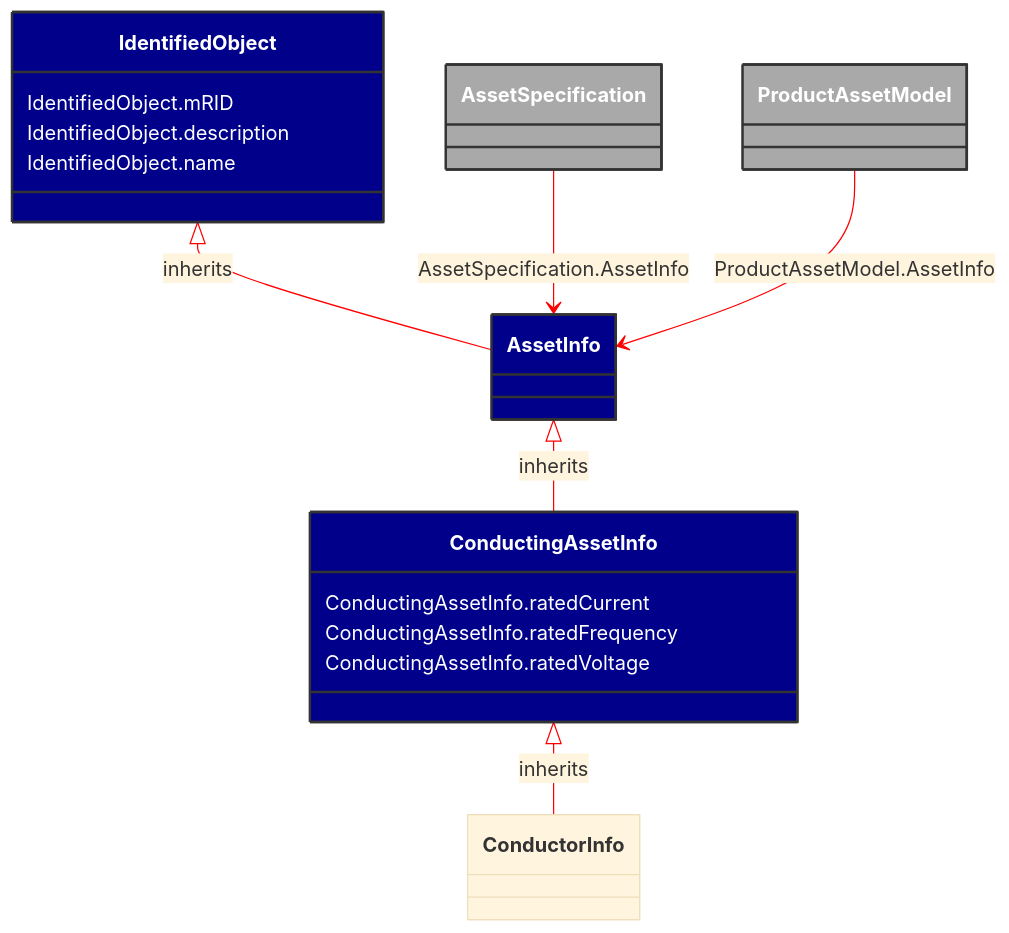
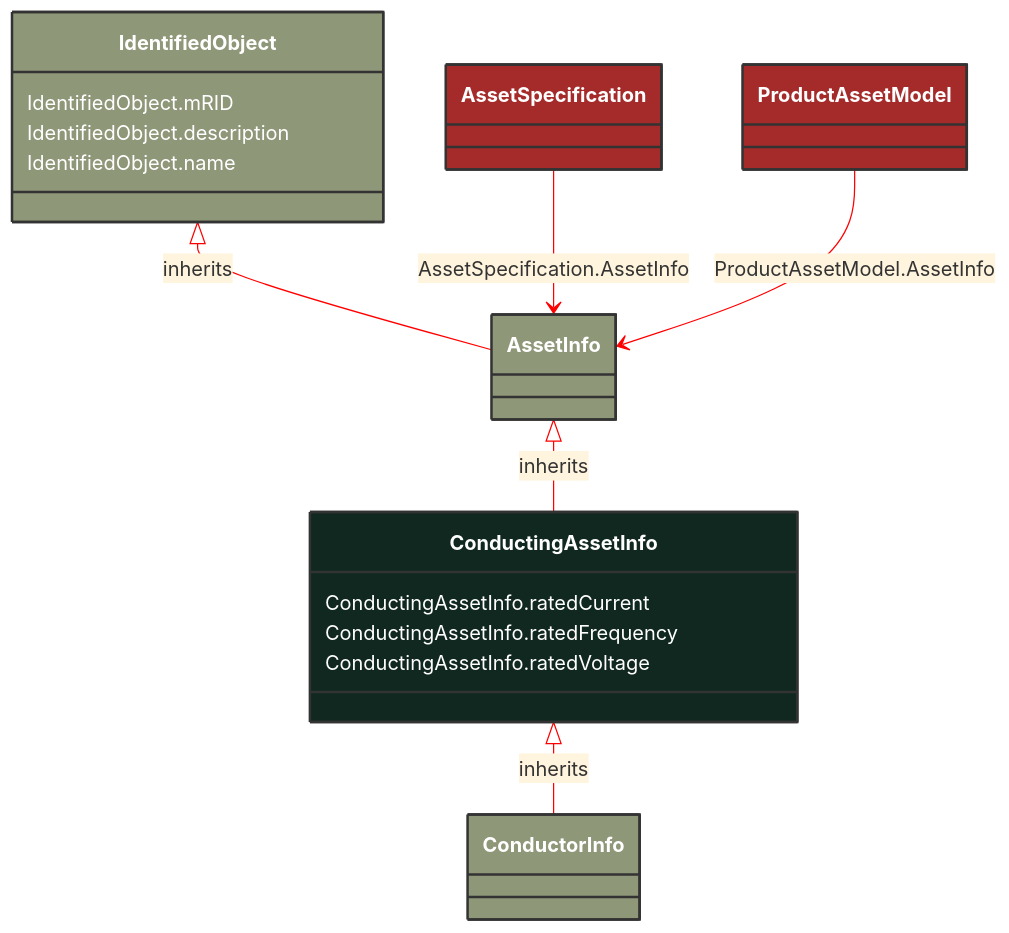
The diagram in docs/Models/Profiles/SubseaCableInfo/AbstractClasses/ConductingAssetInfo.md (3lbits/NoCIMExtensions), drawn with Mermaid before and after one commit. The commit also changed 190 other files, not shown here.

````diff
--- a/docs/Models/Profiles/SubseaCableInfo/AbstractClasses/ConductingAssetInfo.md
+++ b/docs/Models/Profiles/SubseaCableInfo/AbstractClasses/ConductingAssetInfo.md
@@ -10,44 +10,42 @@
 ```mermaid
 %%{init: {'theme':'base','themeVariables': {'lineColor': '#FF0000'}}}%%
 classDiagram
     class ConductingAssetInfo
     click ConductingAssetInfo href "/Models/Profiles/SubseaCableInfo/AbstractClasses/ConductingAssetInfo/"
-    style ConductingAssetInfo fill:#006400,stroke:#333,stroke-width:2px,rx:10,ry:10,color:white
+    style ConductingAssetInfo fill:#102820,stroke:#333,stroke-width:2px,rx:10,ry:10,color:white
 
         ConductingAssetInfo <|-- ConductorInfo : inherits
-            click ConductingAssetInfo href "/Models/Profiles/SubseaCableInfo/AbstractClasses/ConductingAssetInfo/"
-            style ConductingAssetInfo fill:#00008B,stroke:#333,stroke-width:2px,rx:10,ry:10,color:white
 
         ConductorInfo
             click ConductorInfo href "/Models/Profiles/SubseaCableInfo/AbstractClasses/ConductorInfo/"
-            style ConductingAssetInfo fill:#00008B,stroke:#333,stroke-width:2px,rx:10,ry:10,color:white
-
+            style ConductorInfo fill:#8F9779,stroke:#333,stroke-width:2px,rx:10,ry:10,color:white
+     
         AssetInfo <|-- ConductingAssetInfo : inherits
             click AssetInfo href "/Models/Profiles/SubseaCableInfo/AbstractClasses/AssetInfo/"
-            style AssetInfo fill:#00008B,stroke:#333,stroke-width:2px,rx:10,ry:10,color:white
-
+            style AssetInfo fill:#8F9779,stroke:#333,stroke-width:2px,rx:10,ry:10,color:white
+     
         IdentifiedObject <|-- AssetInfo : inherits
             click IdentifiedObject href "/Models/Profiles/SubseaCableInfo/AbstractClasses/IdentifiedObject/"
-            style IdentifiedObject fill:#00008B,stroke:#333,stroke-width:2px,rx:10,ry:10,color:white
+            style IdentifiedObject fill:#8F9779,stroke:#333,stroke-width:2px,rx:10,ry:10,color:white
 
 
         AssetSpecification --> AssetInfo : AssetSpecification.AssetInfo
 
         AssetSpecification
             click AssetSpecification href "/Models/Profiles/SubseaCableInfo/ConcreteClasses/AssetSpecification/"
-            style AssetSpecification fill:#A9A9A9,stroke:#333,stroke-width:2px,rx:10,ry:10,color:white
+            style AssetSpecification fill:#A52A2A,stroke:#333,stroke-width:2px,rx:10,ry:10,color:white
 
         ProductAssetModel --> AssetInfo : ProductAssetModel.AssetInfo
 
         ProductAssetModel
             click ProductAssetModel href "/Models/Profiles/SubseaCableInfo/ConcreteClasses/ProductAssetModel/"
-            style ProductAssetModel fill:#A9A9A9,stroke:#333,stroke-width:2px,rx:10,ry:10,color:white
+            style ProductAssetModel fill:#A52A2A,stroke:#333,stroke-width:2px,rx:10,ry:10,color:white
 
 
         ConductingAssetInfo : ConductingAssetInfo.ratedCurrent
         ConductingAssetInfo : ConductingAssetInfo.ratedFrequency
         ConductingAssetInfo : ConductingAssetInfo.ratedVoltage
         IdentifiedObject : IdentifiedObject.mRID
         IdentifiedObject : IdentifiedObject.description
         IdentifiedObject : IdentifiedObject.name
 ```
````
